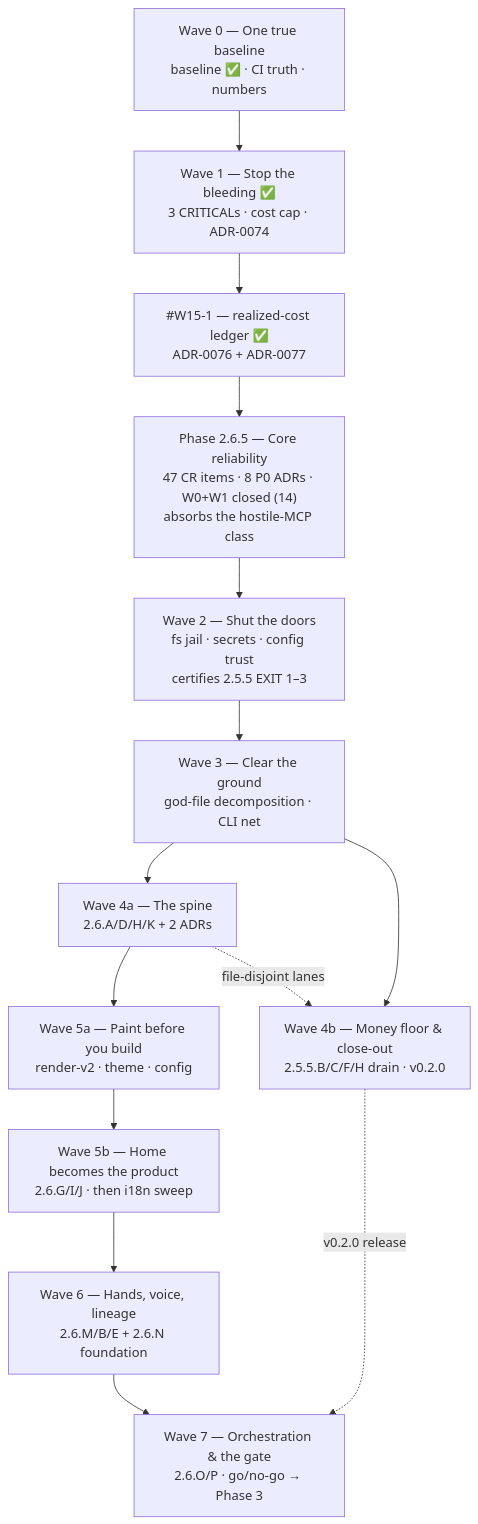
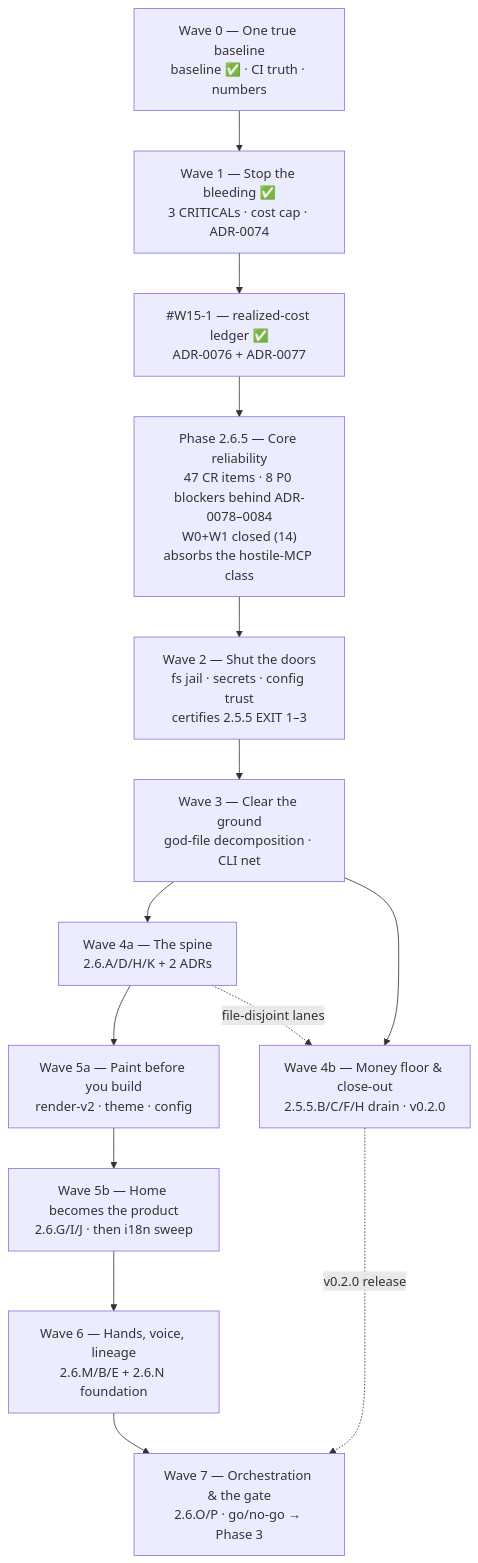
Before and after one commit to HodeTech/Relavium: the diagram in docs/roadmap/current.md, drawn with Mermaid. The commit also changed other lines of this file and 1 other file, not shown here.

````diff
--- a/docs/roadmap/current.md
+++ b/docs/roadmap/current.md
@@ -88,19 +88,19 @@
 ```mermaid
 flowchart TD
     W0["Wave 0 — One true baseline<br/>baseline ✅ · CI truth · numbers"]
     W1["Wave 1 — Stop the bleeding ✅<br/>3 CRITICALs · cost cap · ADR-0074"]
     LEDGER["#W15-1 — realized-cost ledger ✅<br/>ADR-0076 + ADR-0077"]
-    P265["Phase 2.6.5 — Core reliability<br/>47 CR items · 8 P0 ADRs · W0+W1 closed (14)<br/>absorbs the hostile-MCP class"]
+    P265["Phase 2.6.5 — Core reliability<br/>47 CR items · 8 P0 blockers behind ADR-0078–0084<br/>W0+W1 closed (14)<br/>absorbs the hostile-MCP class"]
     W2["Wave 2 — Shut the doors<br/>fs jail · secrets · config trust<br/>certifies 2.5.5 EXIT 1–3"]
     W3["Wave 3 — Clear the ground<br/>god-file decomposition · CLI net"]
     W4a["Wave 4a — The spine<br/>2.6.A/D/H/K + 2 ADRs"]
     W4b["Wave 4b — Money floor & close-out<br/>2.5.5.B/C/F/H drain · v0.2.0"]
     W5a["Wave 5a — Paint before you build<br/>render-v2 · theme · config"]
     W5b["Wave 5b — Home becomes the product<br/>2.6.G/I/J · then i18n sweep"]
     W6["Wave 6 — Hands, voice, lineage<br/>2.6.M/B/E + 2.6.N foundation"]
     W7["Wave 7 — Orchestration & the gate<br/>2.6.O/P · go/no-go → Phase 3"]
     W0 --> W1 --> LEDGER --> P265 --> W2 --> W3 --> W4a --> W5a --> W5b --> W6 --> W7
     W3 --> W4b
     W4b -.->|v0.2.0 release| W7
     W4a -.->|file-disjoint lanes| W4b
 ```
````
